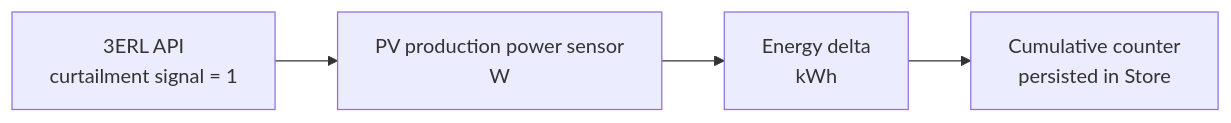
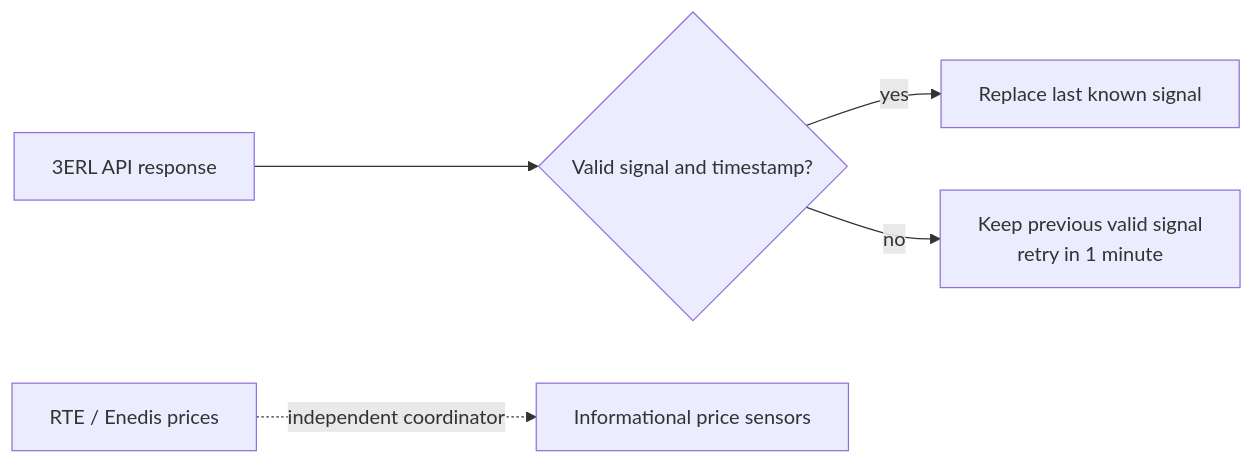
Before and after one commit to gounick/ha-zero-inject-3erl: the sixth of 6 diagrams in WORKFLOW.md, drawn with Mermaid. The commit also changed other lines of this file and 60 other files, not shown here.

First line of the commit message:
Remove curtailed-energy tracking and harden API signal handling

````diff
--- a/WORKFLOW.md
+++ b/WORKFLOW.md
@@ -114,6 +114,7 @@
 ```mermaid
 flowchart LR
-    A["3ERL API<br/>curtailment signal = 1"] --> B["PV production power sensor<br/>W"]
-    B --> C["Energy delta<br/>kWh"]
-    C --> G["Cumulative counter<br/>persisted in Store"]
+    A["3ERL API response"] --> B{"Valid signal and timestamp?"}
+    B -->|yes| C["Replace last known signal"]
+    B -->|no| D["Keep previous valid signal<br/>retry in 1 minute"]
+    E["RTE / Enedis prices"] -.->|independent coordinator| F["Informational price sensors"]
 ```
````
